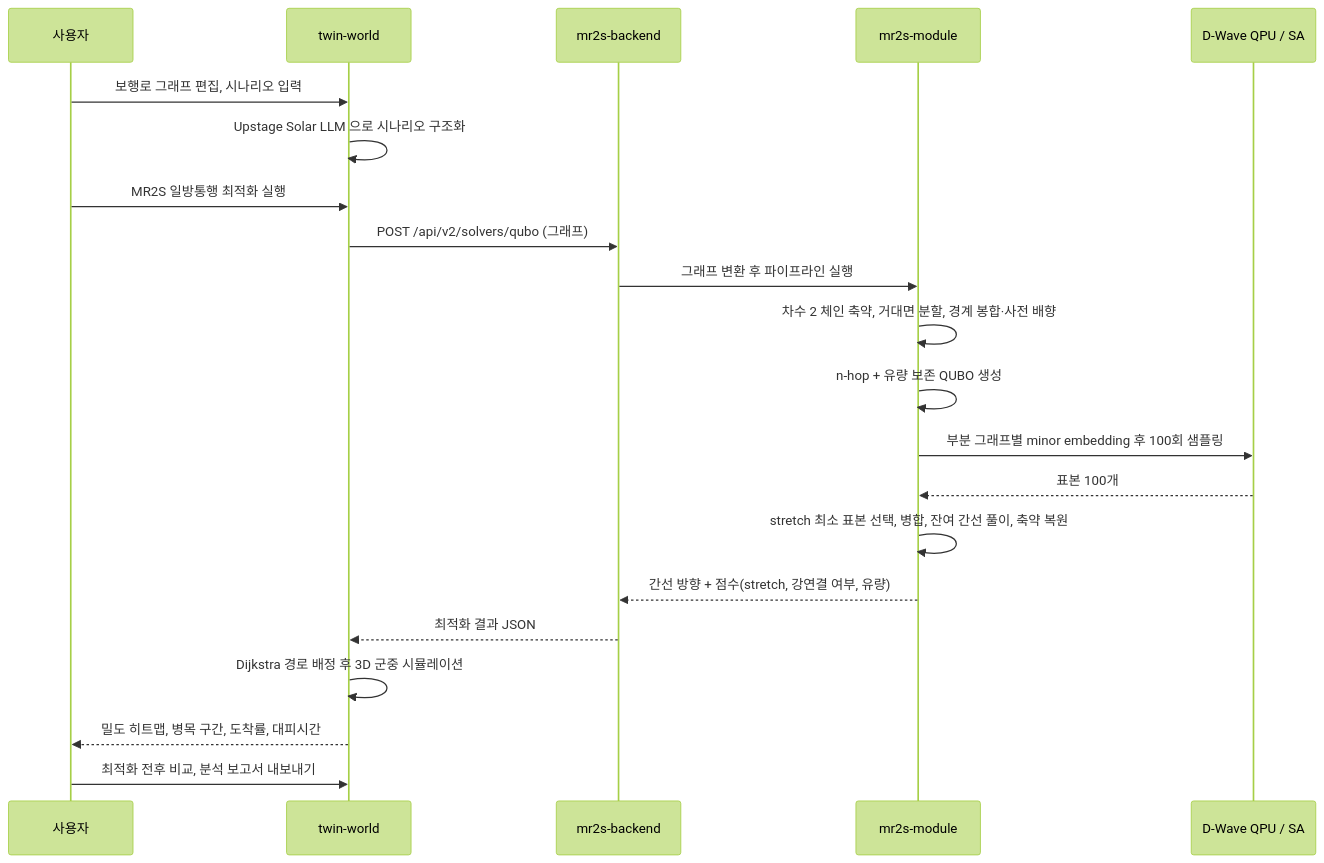
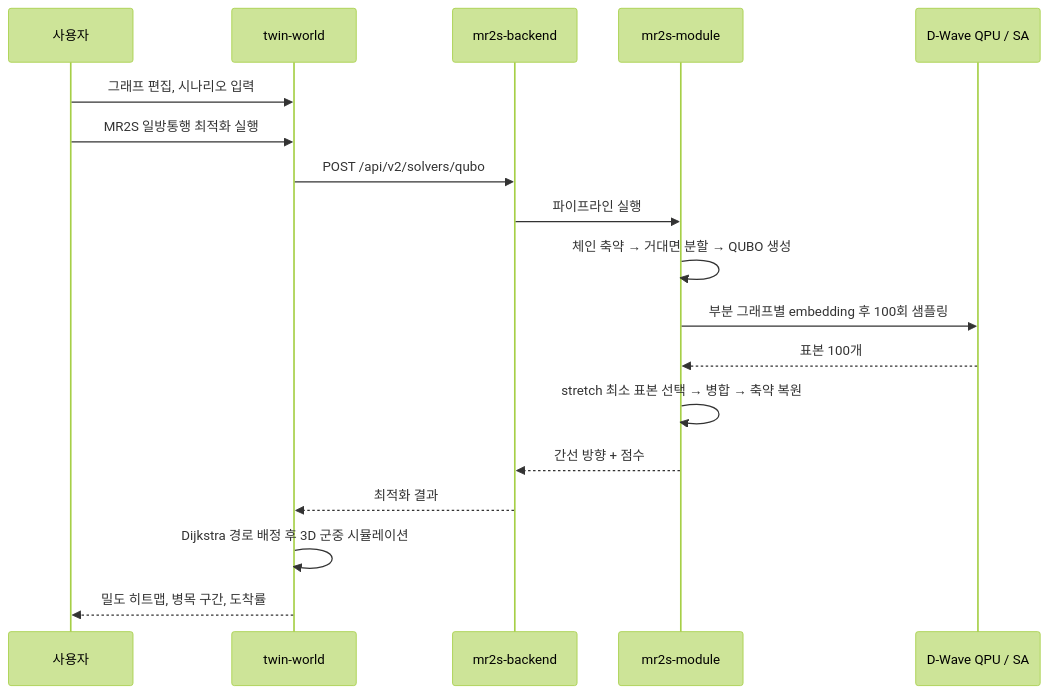
One commit to pnucse-capstone2026/capstone-2026-team-36 changed the second of 2 diagrams in README.md. Above: the diagram before and after it, drawn with Mermaid (forest theme). The commit also changed other lines of this file, not shown here.

````diff
--- a/README.md
+++ b/README.md
@@ -123,24 +103,21 @@
 ```mermaid
 sequenceDiagram
     participant U as 사용자
     participant TW as twin-world
     participant BE as mr2s-backend
     participant MOD as mr2s-module
     participant QA as D-Wave QPU / SA
 
-    U->>TW: 보행로 그래프 편집, 시나리오 입력
-    TW->>TW: Upstage Solar LLM 으로 시나리오 구조화
+    U->>TW: 그래프 편집, 시나리오 입력
     U->>TW: MR2S 일방통행 최적화 실행
-    TW->>BE: POST /api/v2/solvers/qubo (그래프)
-    BE->>MOD: 그래프 변환 후 파이프라인 실행
-    MOD->>MOD: 차수 2 체인 축약, 거대면 분할, 경계 봉합·사전 배향
-    MOD->>MOD: n-hop + 유량 보존 QUBO 생성
-    MOD->>QA: 부분 그래프별 minor embedding 후 100회 샘플링
+    TW->>BE: POST /api/v2/solvers/qubo
+    BE->>MOD: 파이프라인 실행
+    MOD->>MOD: 체인 축약 → 거대면 분할 → QUBO 생성
+    MOD->>QA: 부분 그래프별 embedding 후 100회 샘플링
     QA-->>MOD: 표본 100개
-    MOD->>MOD: stretch 최소 표본 선택, 병합, 잔여 간선 풀이, 축약 복원
-    MOD-->>BE: 간선 방향 + 점수(stretch, 강연결 여부, 유량)
-    BE-->>TW: 최적화 결과 JSON
+    MOD->>MOD: stretch 최소 표본 선택 → 병합 → 축약 복원
+    MOD-->>BE: 간선 방향 + 점수
+    BE-->>TW: 최적화 결과
     TW->>TW: Dijkstra 경로 배정 후 3D 군중 시뮬레이션
-    TW-->>U: 밀도 히트맵, 병목 구간, 도착률, 대피시간
-    U->>TW: 최적화 전후 비교, 분석 보고서 내보내기
+    TW-->>U: 밀도 히트맵, 병목 구간, 도착률
 ```
````
